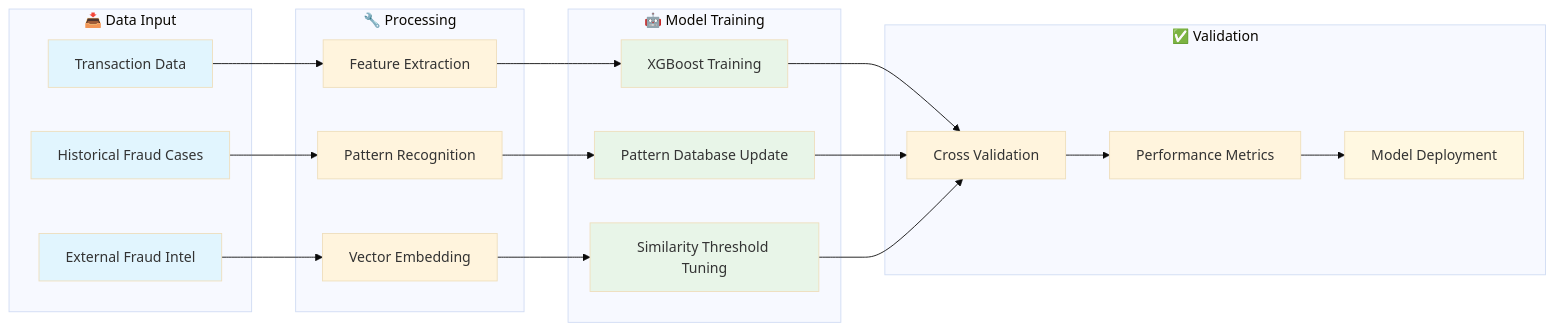
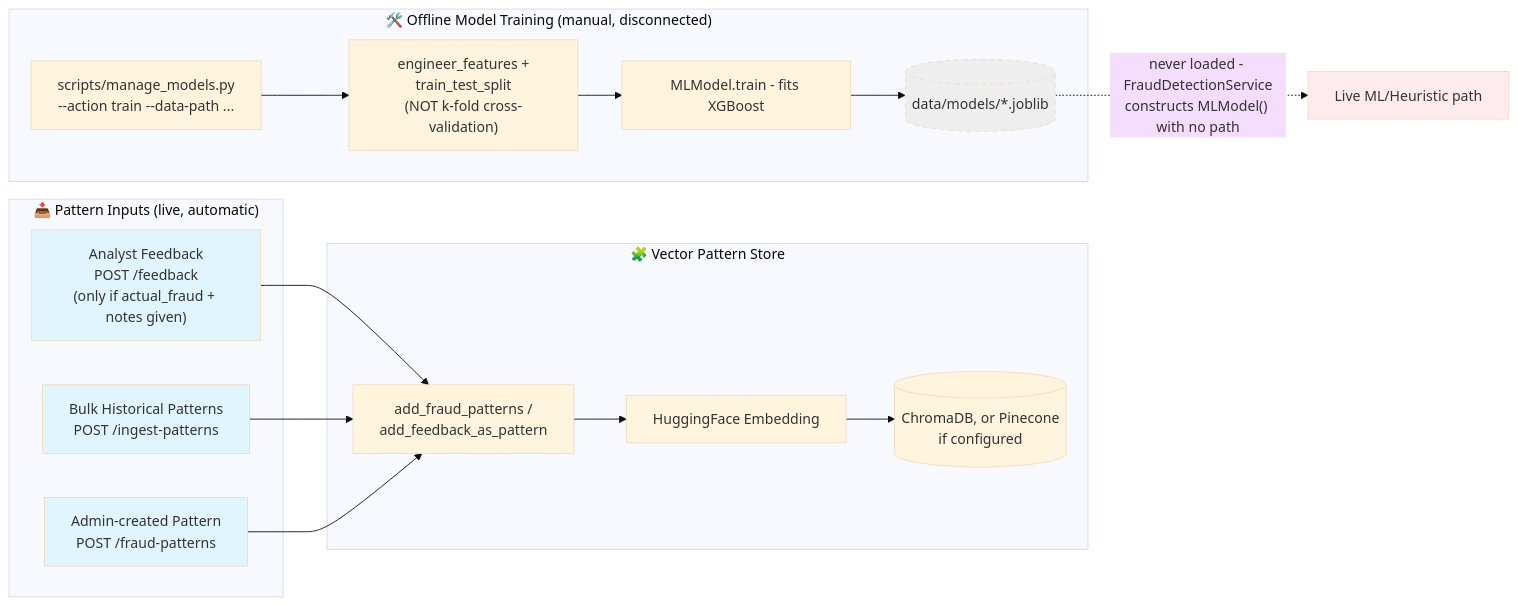
Before and after one commit to guruthanglearning/AILearning: the fourth of 5 diagrams in MLProjects/creditcardfrauddetection/README.md, drawn with Mermaid (base theme). The commit also changed other lines of this file, not shown here.

First line of the commit message:
Fix remaining creditcardfrauddetection architecture diagrams (#10)

````diff
--- a/MLProjects/creditcardfrauddetection/README.md
+++ b/MLProjects/creditcardfrauddetection/README.md
@@ -1733,48 +1740,39 @@
 ```mermaid
 flowchart LR
-    subgraph "📥 Data Input"
-        A1[Transaction Data]
-        A2[Historical Fraud Cases]
-        A3[External Fraud Intel]
+    subgraph "📥 Pattern Inputs (live, automatic)"
+        A1["Analyst Feedback<br/>POST /feedback<br/>(only if actual_fraud + notes given)"]
+        A2["Bulk Historical Patterns<br/>POST /ingest-patterns"]
+        A3["Admin-created Pattern<br/>POST /fraud-patterns"]
     end
-    
-    subgraph "🔧 Processing"
-        B1[Feature Extraction]
-        B2[Pattern Recognition]
-        B3[Vector Embedding]
+
+    subgraph "🧩 Vector Pattern Store"
+        B1[add_fraud_patterns /<br/>add_feedback_as_pattern]
+        B2[HuggingFace Embedding]
+        B3[(ChromaDB, or Pinecone<br/>if configured)]
     end
-    
-    subgraph "🤖 Model Training"
-        C1[XGBoost Training]
-        C2[Pattern Database Update]
-        C3[Similarity Threshold Tuning]
+
+    subgraph "🛠️ Offline Model Training (manual, disconnected)"
+        C1["scripts/manage_models.py<br/>--action train --data-path ..."]
+        C2["engineer_features +<br/>train_test_split<br/>(NOT k-fold cross-validation)"]
+        C3[MLModel.train - fits XGBoost]
+        C4[("data/models/*.joblib")]
     end
-    
-    subgraph "✅ Validation"
-        D1[Cross Validation]
-        D2[Performance Metrics]
-        D3[Model Deployment]
-    end
-    
+
     A1 --> B1
-    A2 --> B2
-    A3 --> B3
-    
-    B1 --> C1
-    B2 --> C2
-    B3 --> C3
-    
-    C1 --> D1
-    C2 --> D1
-    C3 --> D1
-    D1 --> D2
-    D2 --> D3
-    
+    A2 --> B1
+    A3 --> B1
+    B1 --> B2
+    B2 --> B3
+
+    C1 --> C2
+    C2 --> C3
+    C3 --> C4
+
+    C4 -.->|"never loaded - FraudDetectionService<br/>constructs MLModel() with no path"| XGB[Live ML/Heuristic path]
+
     style A1 fill:#e1f5fe
     style A2 fill:#e1f5fe
     style A3 fill:#e1f5fe
-    style C1 fill:#e8f5e8
-    style C2 fill:#e8f5e8
-    style C3 fill:#e8f5e8
-    style D3 fill:#fff8e1
+    style C4 fill:#eeeeee,stroke-dasharray: 5 5
+    style XGB fill:#ffebee
 ```
````
